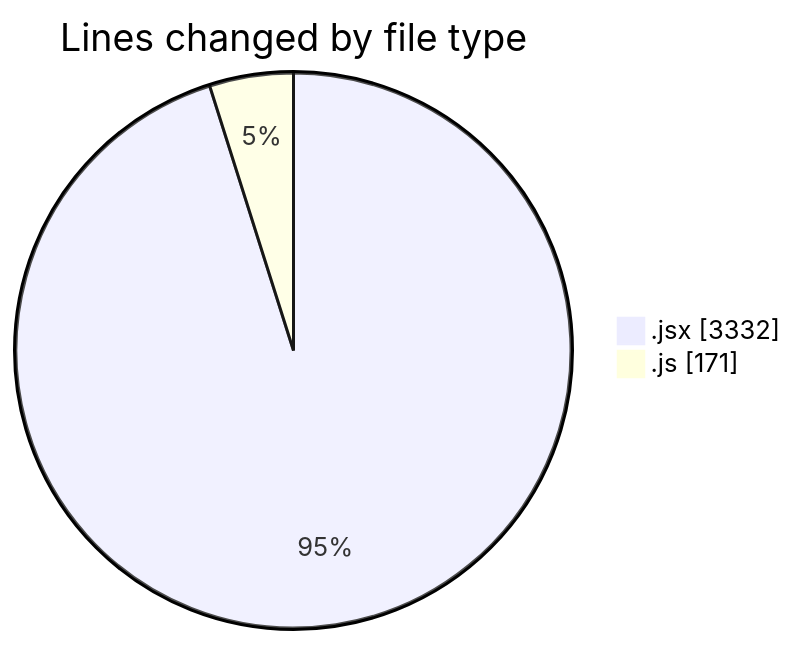
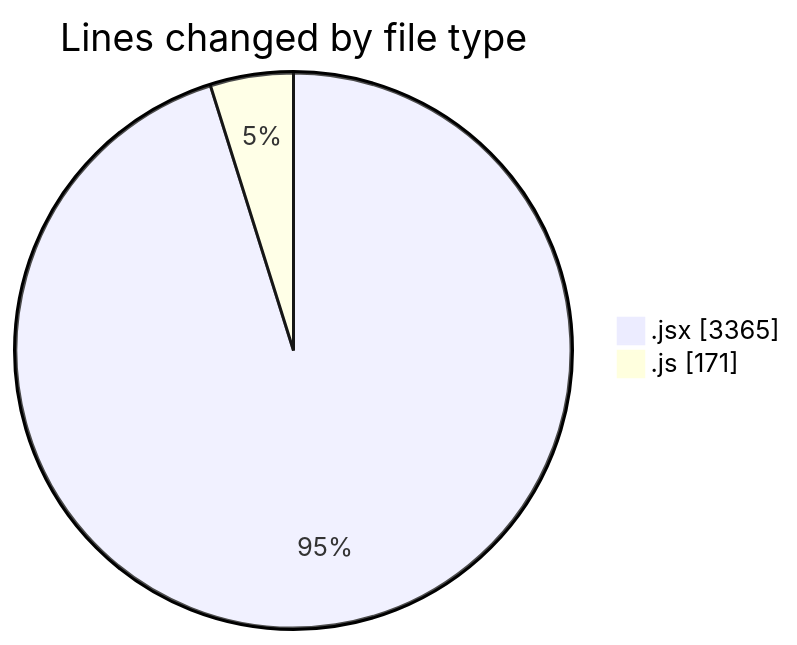
One commit to nxtqubesakshisongat/code-tracking changed the first of 2 diagrams in 2025-07-09/argos/README.md. Above: the diagram before and after it, drawn with Mermaid. The commit also changed other lines of this file and 1 other file, not shown here.

````diff
--- a/2025-07-09/argos/README.md
+++ b/2025-07-09/argos/README.md
@@ -24,6 +24,6 @@
 ```mermaid
 pie showData
 title Lines changed by file type
-".jsx" : 3332
+".jsx" : 3365
 ".js" : 171
 ```
````
